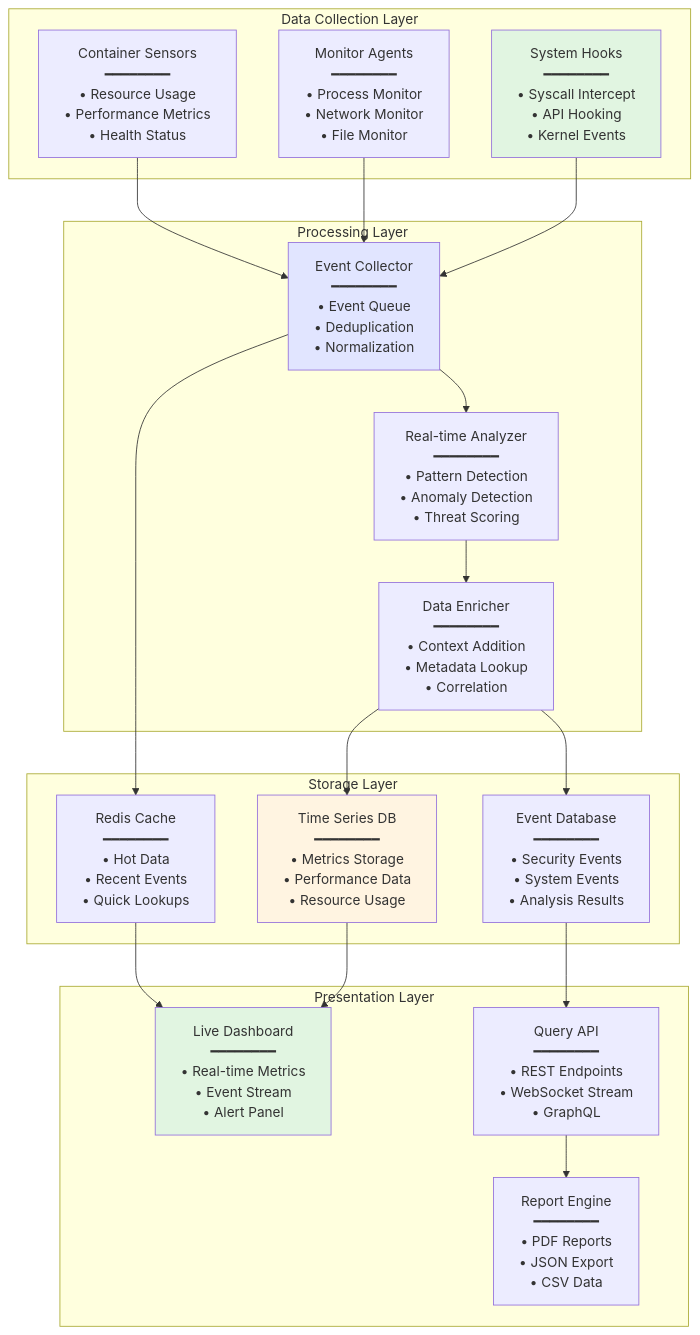
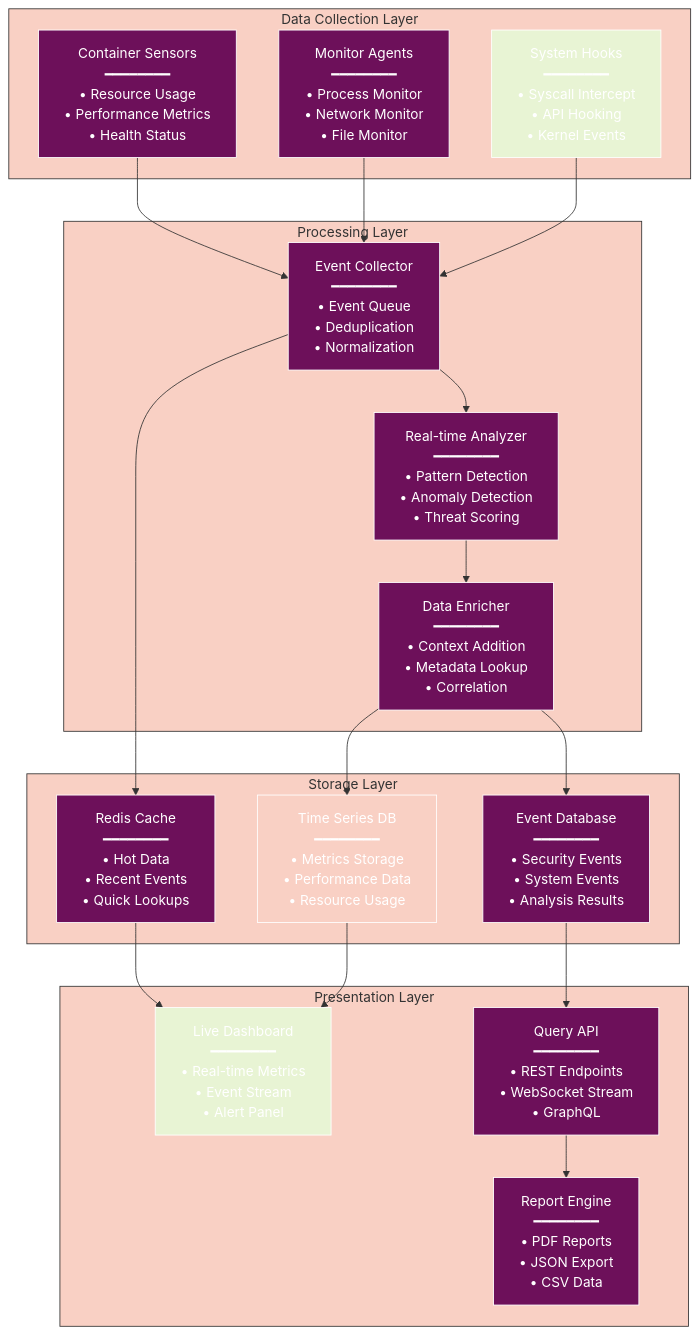
Diagram 14 of 23 in docs/CONTAINER_ISOLATION.md (radicalkjax/Athena), drawn with Mermaid before and after one commit. The commit also changed other lines of this file and 27 other files, not shown here.

Commit message:
Introduction of expo package manager. Updated docs to reflect changes. Unified mermaid theme for docs.

````diff
--- a/docs/CONTAINER_ISOLATION.md
+++ b/docs/CONTAINER_ISOLATION.md
@@ -934,48 +1207,69 @@
 ```mermaid
+%%{init: {
+  'theme': 'base',
+  'themeVariables': {
+    'primaryColor': '#6d105a',
+    'primaryTextColor': '#ffffff',
+    'primaryBorderColor': '#ffffff',
+    'lineColor': '#333333',
+    'secondaryColor': '#e8f4d4',
+    'secondaryTextColor': '#333333',
+    'secondaryBorderColor': '#333333',
+    'tertiaryColor': '#f9d0c4',
+    'tertiaryTextColor': '#333333',
+    'tertiaryBorderColor': '#333333',
+    'background': '#ffffff',
+    'mainBkg': '#6d105a',
+    'secondBkg': '#e8f4d4',
+    'tertiaryBkg': '#f9d0c4',
+    'textColor': '#333333',
+    'fontFamily': 'Arial, sans-serif'
+  }
+}}%%
 graph TB
     subgraph "Data Collection Layer"
         Hooks[System Hooks<br/>━━━━━━━━<br/>• Syscall Intercept<br/>• API Hooking<br/>• Kernel Events]
         Agents[Monitor Agents<br/>━━━━━━━━<br/>• Process Monitor<br/>• Network Monitor<br/>• File Monitor]
         Sensors[Container Sensors<br/>━━━━━━━━<br/>• Resource Usage<br/>• Performance Metrics<br/>• Health Status]
     end
     
     subgraph "Processing Layer"
         Collector[Event Collector<br/>━━━━━━━━<br/>• Event Queue<br/>• Deduplication<br/>• Normalization]
         Analyzer[Real-time Analyzer<br/>━━━━━━━━<br/>• Pattern Detection<br/>• Anomaly Detection<br/>• Threat Scoring]
         Enricher[Data Enricher<br/>━━━━━━━━<br/>• Context Addition<br/>• Metadata Lookup<br/>• Correlation]
     end
     
     subgraph "Storage Layer"
         TSB[Time Series DB<br/>━━━━━━━━<br/>• Metrics Storage<br/>• Performance Data<br/>• Resource Usage]
         EventDB[Event Database<br/>━━━━━━━━<br/>• Security Events<br/>• System Events<br/>• Analysis Results]
         Cache[Redis Cache<br/>━━━━━━━━<br/>• Hot Data<br/>• Recent Events<br/>• Quick Lookups]
     end
     
     subgraph "Presentation Layer"
         Dashboard[Live Dashboard<br/>━━━━━━━━<br/>• Real-time Metrics<br/>• Event Stream<br/>• Alert Panel]
         API[Query API<br/>━━━━━━━━<br/>• REST Endpoints<br/>• WebSocket Stream<br/>• GraphQL]
         Reports[Report Engine<br/>━━━━━━━━<br/>• PDF Reports<br/>• JSON Export<br/>• CSV Data]
     end
     
     Hooks --> Collector
     Agents --> Collector
     Sensors --> Collector
     
     Collector --> Analyzer
     Collector --> Cache
     
     Analyzer --> Enricher
     Enricher --> TSB
     Enricher --> EventDB
     
     TSB --> Dashboard
     EventDB --> API
     Cache --> Dashboard
     
     API --> Reports
     
-    style Hooks fill:#e1f5e1
-    style Collector fill:#e1e5ff
-    style TSB fill:#fff4e1
-    style Dashboard fill:#e1f5e1
+    style Hooks fill:#e8f4d4
+    style Collector fill:#6d105a
+    style TSB fill:#f9d0c4
+    style Dashboard fill:#e8f4d4
 ```
````
